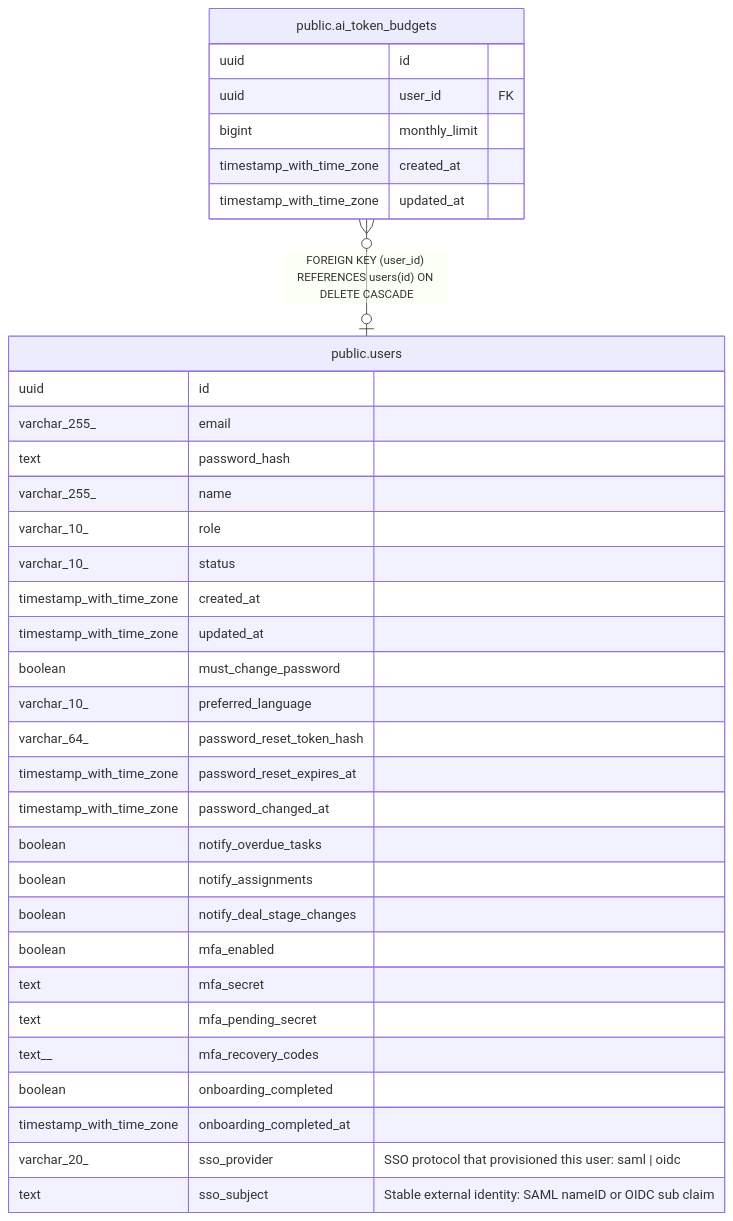
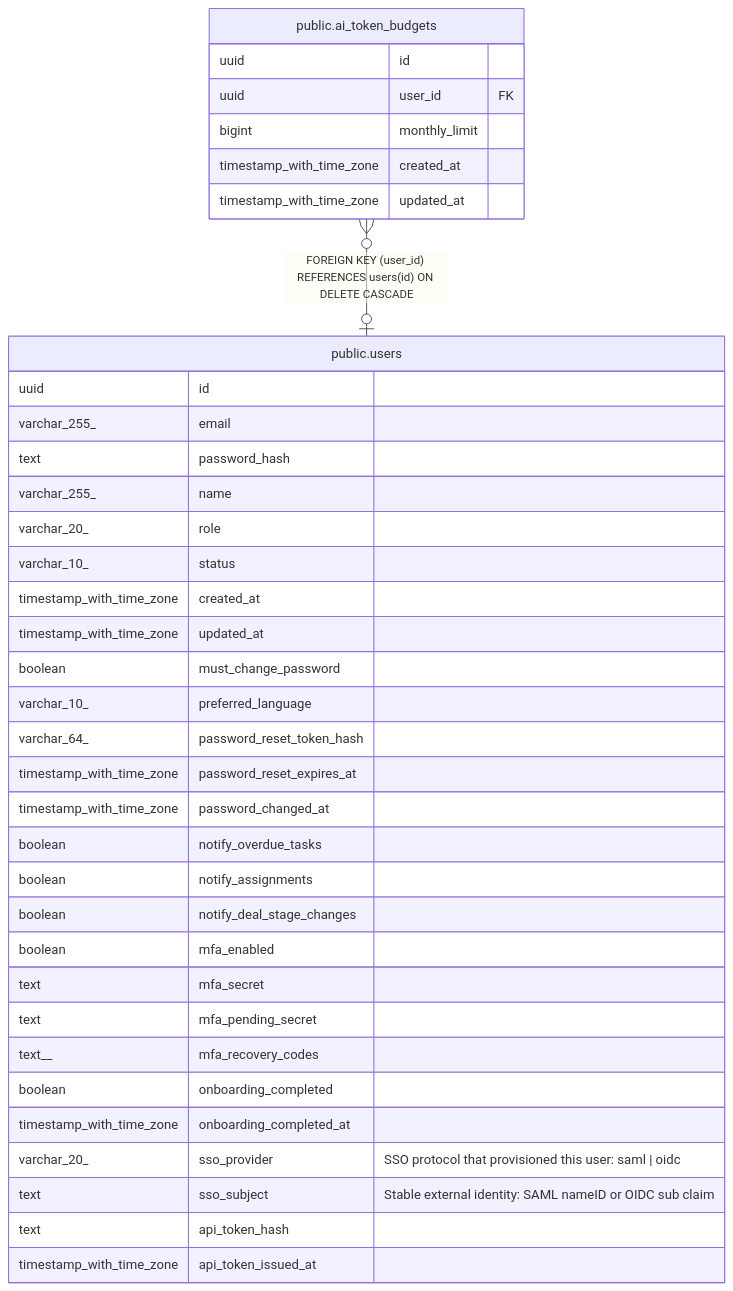
Before and after one commit to rkseattle/minicrm: the diagram in docs/schema/public.ai_token_budgets.md, drawn with Mermaid. The commit also changed 25 other files, not shown here.

First line of the commit message:
chore(MINCRM-535, MINCRM-536): regenerate ERD after migration 104

````diff
--- a/docs/schema/public.ai_token_budgets.md
+++ b/docs/schema/public.ai_token_budgets.md
@@ -36,39 +36,41 @@
 ```mermaid
 erDiagram
 
 "public.ai_token_budgets" }o--o| "public.users" : "FOREIGN KEY (user_id) REFERENCES users(id) ON DELETE CASCADE"
 
 "public.ai_token_budgets" {
   uuid id ""
   uuid user_id FK ""
   bigint monthly_limit ""
   timestamp_with_time_zone created_at ""
   timestamp_with_time_zone updated_at ""
 }
 "public.users" {
   uuid id ""
   varchar_255_ email ""
   text password_hash ""
   varchar_255_ name ""
-  varchar_10_ role ""
+  varchar_20_ role ""
   varchar_10_ status ""
   timestamp_with_time_zone created_at ""
   timestamp_with_time_zone updated_at ""
   boolean must_change_password ""
   varchar_10_ preferred_language ""
   varchar_64_ password_reset_token_hash ""
   timestamp_with_time_zone password_reset_expires_at ""
   timestamp_with_time_zone password_changed_at ""
   boolean notify_overdue_tasks ""
   boolean notify_assignments ""
   boolean notify_deal_stage_changes ""
   boolean mfa_enabled ""
   text mfa_secret ""
   text mfa_pending_secret ""
   text__ mfa_recovery_codes ""
   boolean onboarding_completed ""
   timestamp_with_time_zone onboarding_completed_at ""
   varchar_20_ sso_provider "SSO protocol that provisioned this user: saml | oidc"
   text sso_subject "Stable external identity: SAML nameID or OIDC sub claim"
+  text api_token_hash ""
+  timestamp_with_time_zone api_token_issued_at ""
 }
 ```
````
